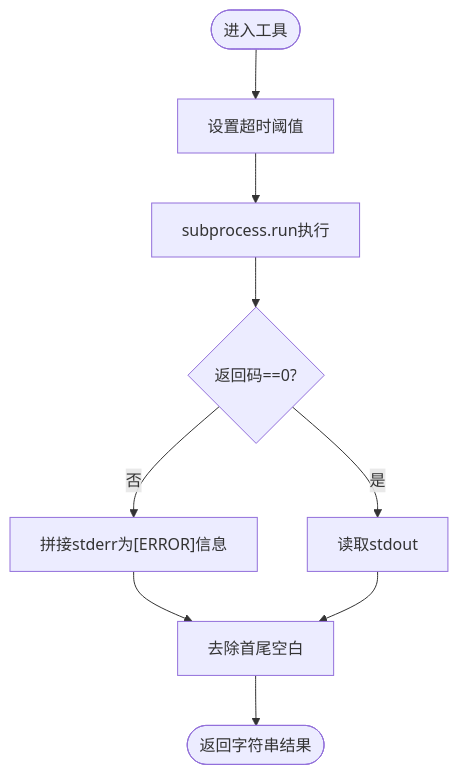
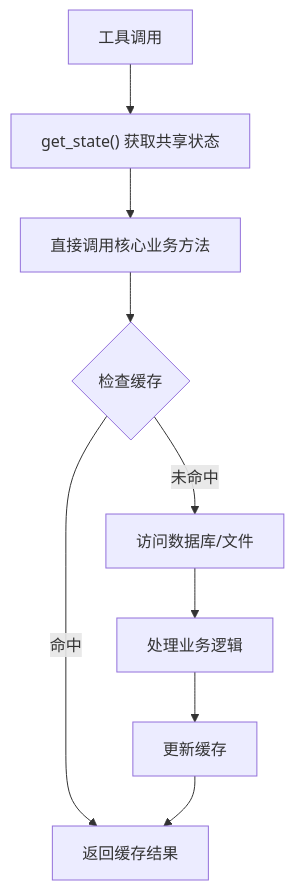
Before and after one commit to 1173591564/academic-based-qoder: the fifth of 7 diagrams in .qoder/repowiki/zh/content/MCP服务系统/MCP服务器架构.md, drawn with Mermaid. The commit also changed other lines of this file and 80 other files, not shown here.

````diff
--- a/.qoder/repowiki/zh/content/MCP服务系统/MCP服务器架构.md
+++ b/.qoder/repowiki/zh/content/MCP服务系统/MCP服务器架构.md
@@ -193,11 +217,11 @@
 ```mermaid
 flowchart TD
-Start(["进入工具"]) --> SetTimeout["设置超时阈值"]
-SetTimeout --> Exec["subprocess.run执行"]
-Exec --> CheckCode{"返回码==0?"}
-CheckCode --> |否| AppendErr["拼接stderr为[ERROR]信息"]
-CheckCode --> |是| ReadStdout["读取stdout"]
-AppendErr --> Strip["去除首尾空白"]
-ReadStdout --> Strip
-Strip --> End(["返回字符串结果"])
+ToolCall["工具调用"] --> GetState["get_state() 获取共享状态"]
+GetState --> DirectCall["直接调用核心业务方法"]
+DirectCall --> CacheCheck{"检查缓存"}
+CacheCheck --> |命中| Return["返回缓存结果"]
+CacheCheck --> |未命中| DBAccess["访问数据库/文件"]
+DBAccess --> Process["处理业务逻辑"]
+Process --> CacheUpdate["更新缓存"]
+CacheUpdate --> Return
 ```
````
